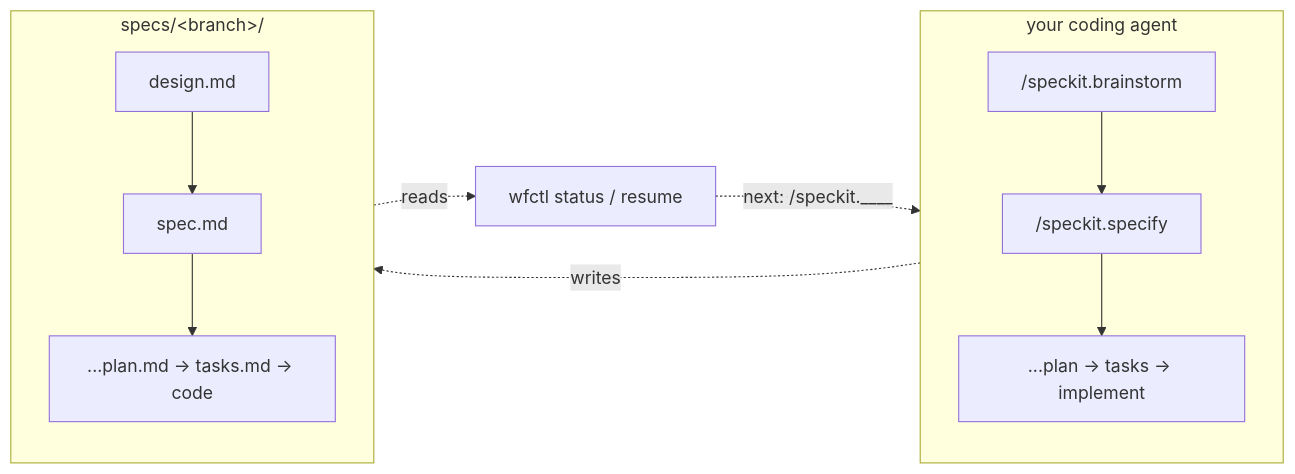
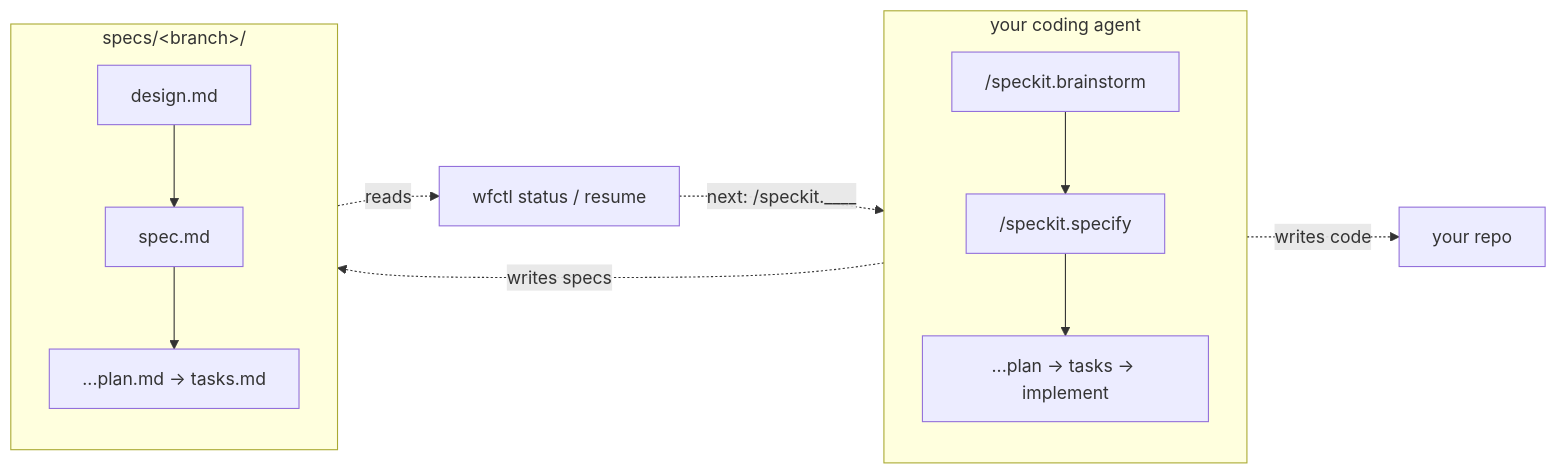
The second of 2 diagrams in README.md (aamarin/wfctl), drawn with Mermaid before and after one commit.

Commit message:
docs: stop implying implement writes into specs/<branch>/
code was drawn inside the specs subgraph in the pipeline zoom diagram,
which reads as "implementation output lands in the spec directory." It
doesn't: implement modifies the repo worktree, and spec_root can be
configured entirely outside that worktree. Give code its own node.

Claude-Session: https://claude.ai/code/session_01HA6tmEK1tS7HKFh7GGiUxq

````diff
--- a/README.md
+++ b/README.md
@@ -88,12 +88,13 @@
 ```mermaid
 flowchart LR
     subgraph Agent["your coding agent"]
         S1["/speckit.brainstorm"] --> S2["/speckit.specify"] --> S3["...plan → tasks → implement"]
     end
     subgraph Disk["specs/&lt;branch&gt;/"]
-        F1["design.md"] --> F2["spec.md"] --> F3["...plan.md → tasks.md → code"]
+        F1["design.md"] --> F2["spec.md"] --> F3["...plan.md → tasks.md"]
     end
-    Agent -.->|writes| Disk
+    Agent -.->|writes specs| Disk
+    Agent -.->|writes code| Repo["your repo"]
     Disk -.->|reads| W["wfctl status / resume"]
     W -.->|"next: /speckit.____"| Agent
 ```
````
